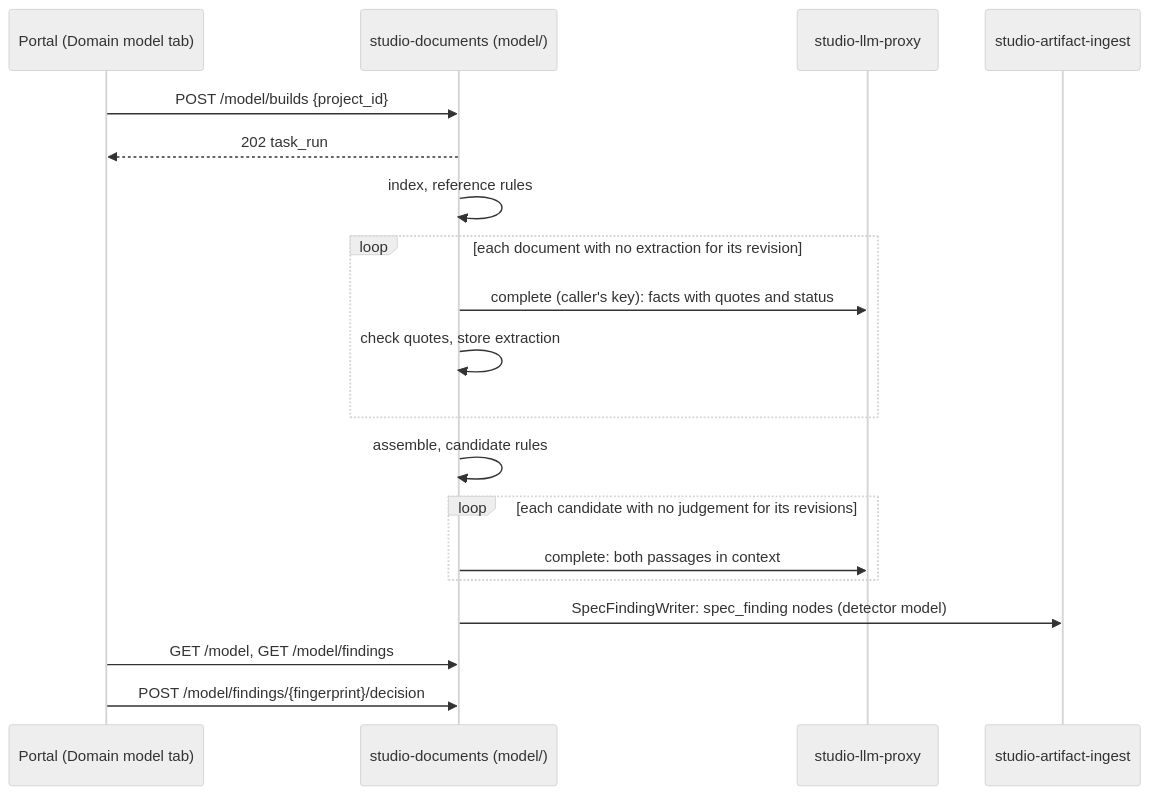
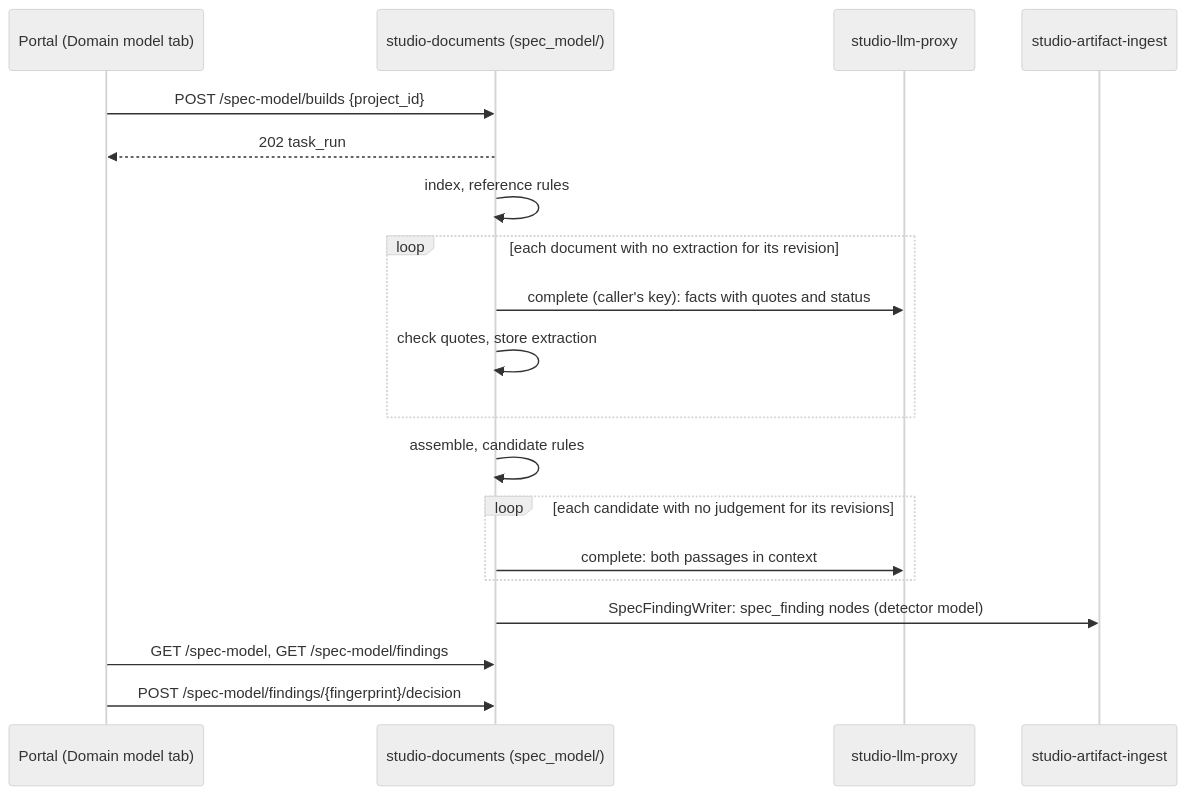
The diagram in docs/spec-domain-model.md (AndrejK666/studio-web), drawn with Mermaid (neutral theme) before and after one commit. The commit also changed other lines of this file and 2 other files, not shown here.

Commit message:
docs(spec-model): the module is documents/spec_model/, routes under /spec-model; documents/model.rs is the catalogue

````diff
--- a/docs/spec-domain-model.md
+++ b/docs/spec-domain-model.md
@@ -160,21 +160,21 @@
 ```mermaid
 sequenceDiagram
     participant P as Portal (Domain model tab)
-    participant D as studio-documents (model/)
+    participant D as studio-documents (spec_model/)
     participant L as studio-llm-proxy
     participant G as studio-artifact-ingest
-    P->>D: POST /model/builds {project_id}
+    P->>D: POST /spec-model/builds {project_id}
     D-->>P: 202 task_run
     D->>D: index, reference rules
     loop each document with no extraction for its revision
         D->>L: complete (caller's key): facts with quotes and status
         D->>D: check quotes, store extraction
     end
     D->>D: assemble, candidate rules
     loop each candidate with no judgement for its revisions
         D->>L: complete: both passages in context
     end
     D->>G: SpecFindingWriter: spec_finding nodes (detector model)
-    P->>D: GET /model, GET /model/findings
-    P->>D: POST /model/findings/{fingerprint}/decision
+    P->>D: GET /spec-model, GET /spec-model/findings
+    P->>D: POST /spec-model/findings/{fingerprint}/decision
 ```
````
